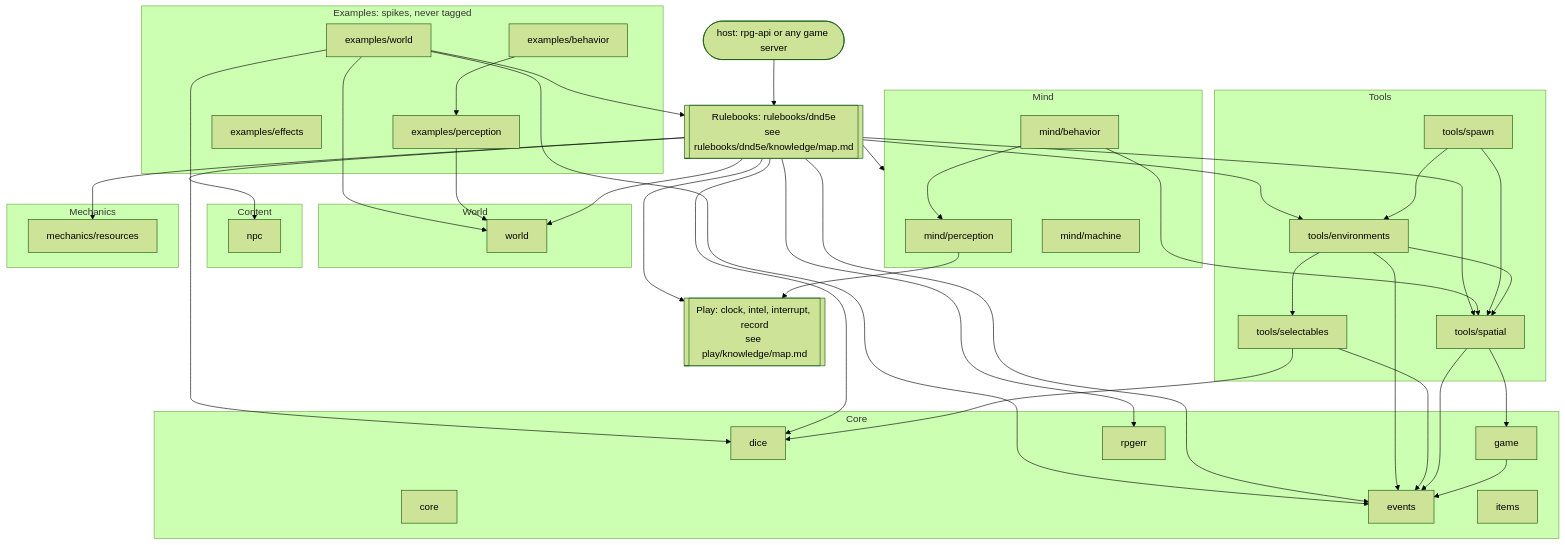
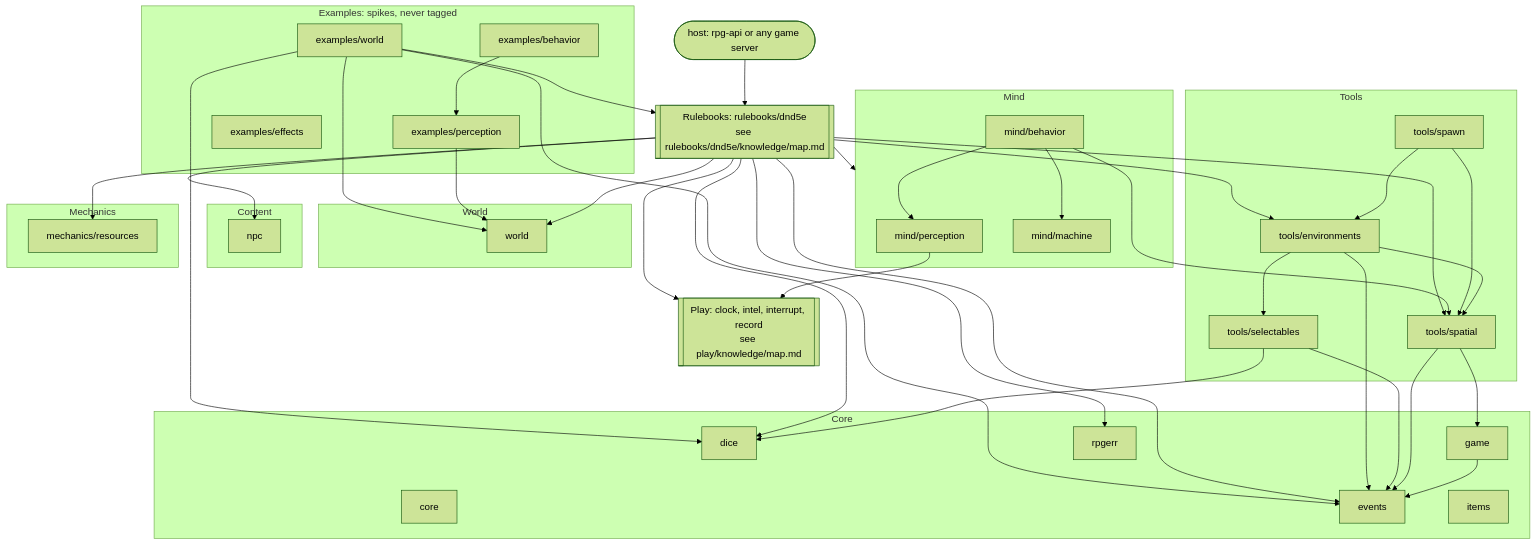
One commit to KirkDiggler/rpg-toolkit changed the diagram in knowledge/map.md. Above: the diagram before and after it, drawn with Mermaid (forest theme). The commit also changed other lines of this file and 9 other files, not shown here.

````diff
--- a/knowledge/map.md
+++ b/knowledge/map.md
@@ -11,62 +11,62 @@
 ```mermaid
 flowchart TD
   HOST(["host: rpg-api or any game server"])
 
   subgraph EXAMPLES["Examples: spikes, never tagged"]
     EXW["examples/world"]
     EXP["examples/perception"]
     EXB["examples/behavior"]
     EXE["examples/effects"]
   end
 
   RB[["Rulebooks: rulebooks/dnd5e<br/>see rulebooks/dnd5e/knowledge/map.md"]]
 
   subgraph MIND["Mind"]
     PERC["mind/perception"]
     BEH["mind/behavior"]
     MACH["mind/machine"]
   end
 
   PLAY[["Play: clock, intel, interrupt, record<br/>see play/knowledge/map.md"]]
 
   subgraph WORLDL["World"]
     WORLD["world"]
   end
 
   subgraph CONTENT["Content"]
     NPC["npc"]
   end
 
   subgraph TOOLS["Tools"]
     SPATIAL["tools/spatial"]
     ENV["tools/environments"]
     SEL["tools/selectables"]
     SPAWN["tools/spawn"]
   end
 
   subgraph MECH["Mechanics"]
     RES["mechanics/resources"]
   end
 
   subgraph CORE["Core"]
     C["core"]
     EV["events"]
     DICE["dice"]
     GAME["game"]
     ERR["rpgerr"]
     ITEMS["items"]
   end
 
   HOST --> RB
   EXW --> RB & WORLD & DICE & EV
   EXP --> WORLD
   EXB --> EXP
   RB --> MIND & PLAY & WORLD & NPC & SPATIAL & ENV & RES & EV & DICE & ERR
-  BEH --> PERC & SPATIAL
+  BEH --> MACH & PERC & SPATIAL
   PERC --> PLAY
   SPAWN --> ENV & SPATIAL
   ENV --> SEL & SPATIAL & EV
   SEL --> DICE & EV
   SPATIAL --> GAME & EV
   GAME --> EV
 ```
````
